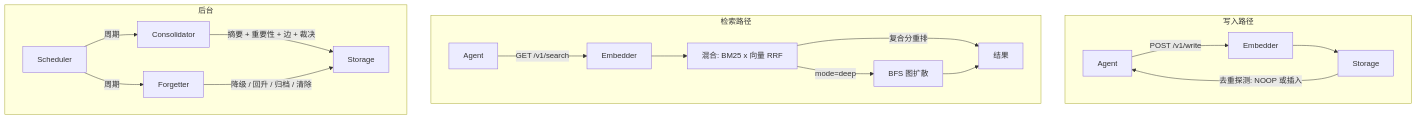
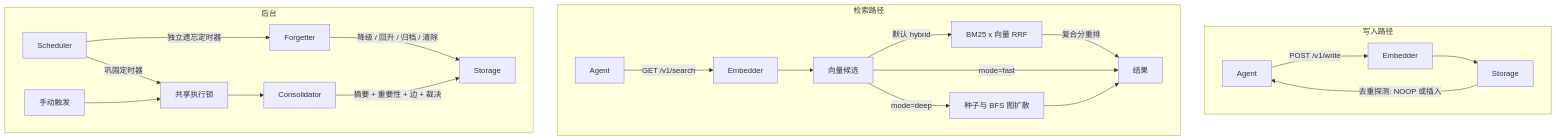
One commit to TtTRz/MerkurDB changed the first of 2 diagrams in docs/SPEC_CN.md. Above: the diagram before and after it, drawn with Mermaid. The commit also changed other lines of this file and 11 other files, not shown here.

````diff
--- a/docs/SPEC_CN.md
+++ b/docs/SPEC_CN.md
@@ -44,23 +44,27 @@
 ```mermaid
 flowchart TB
     subgraph 写入路径
         A[Agent] -->|POST /v1/write| E[Embedder]
         E --> S[Storage]
         S -->|去重探测: NOOP 或插入| A
     end
 
     subgraph 检索路径
         A2[Agent] -->|GET /v1/search| E2[Embedder]
-        E2 --> H[混合: BM25 x 向量 RRF]
+        E2 --> V[向量候选]
+        V -->|默认 hybrid| H[BM25 x 向量 RRF]
         H -->|复合分重排| R[结果]
-        H -->|mode=deep| BFS[BFS 图扩散]
+        V -->|mode=fast| R
+        V -->|mode=deep| BFS[种子与 BFS 图扩散]
         BFS --> R
     end
 
     subgraph 后台
-        SCH[Scheduler] -->|周期| CON[Consolidator]
+        SCH[Scheduler] -->|巩固定时器| JOB[共享执行锁]
+        MAN[手动触发] --> JOB
+        JOB --> CON[Consolidator]
         CON -->|摘要 + 重要性 + 边 + 裁决| S2[Storage]
-        SCH -->|周期| FOR[Forgetter]
+        SCH -->|独立遗忘定时器| FOR[Forgetter]
         FOR -->|降级 / 回升 / 归档 / 清除| S2
     end
 ```
````
